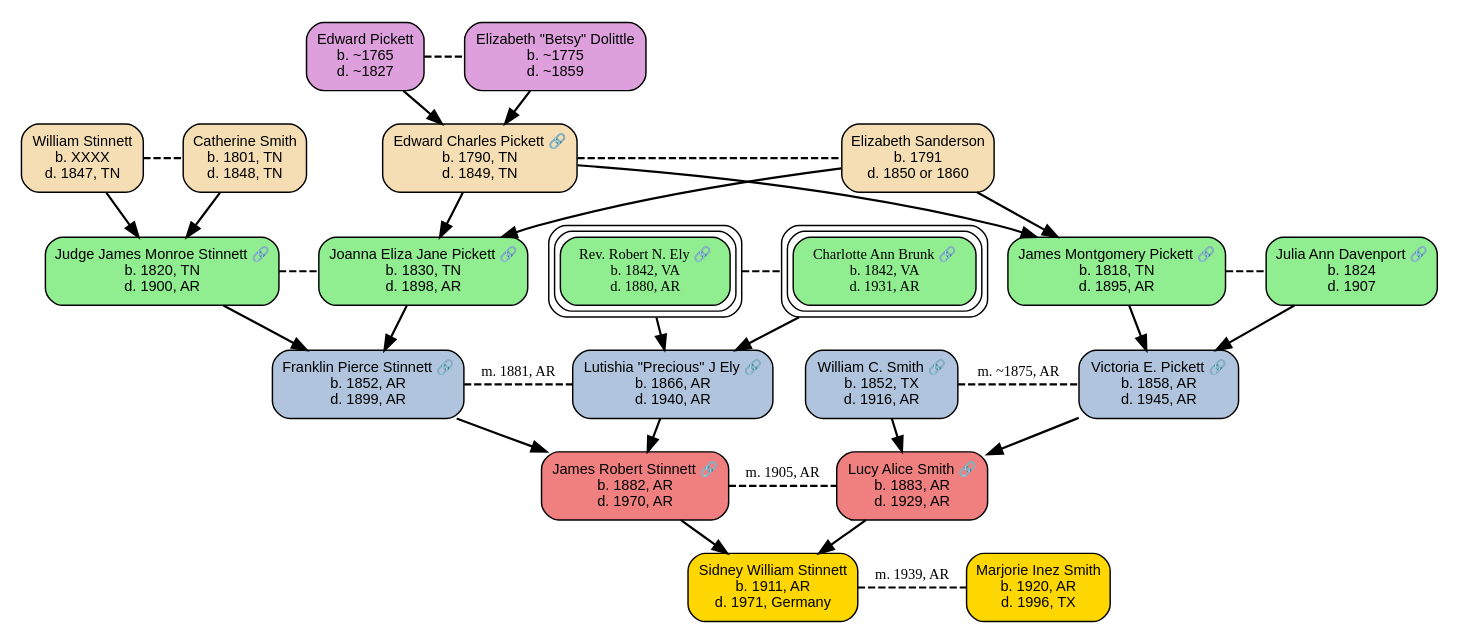
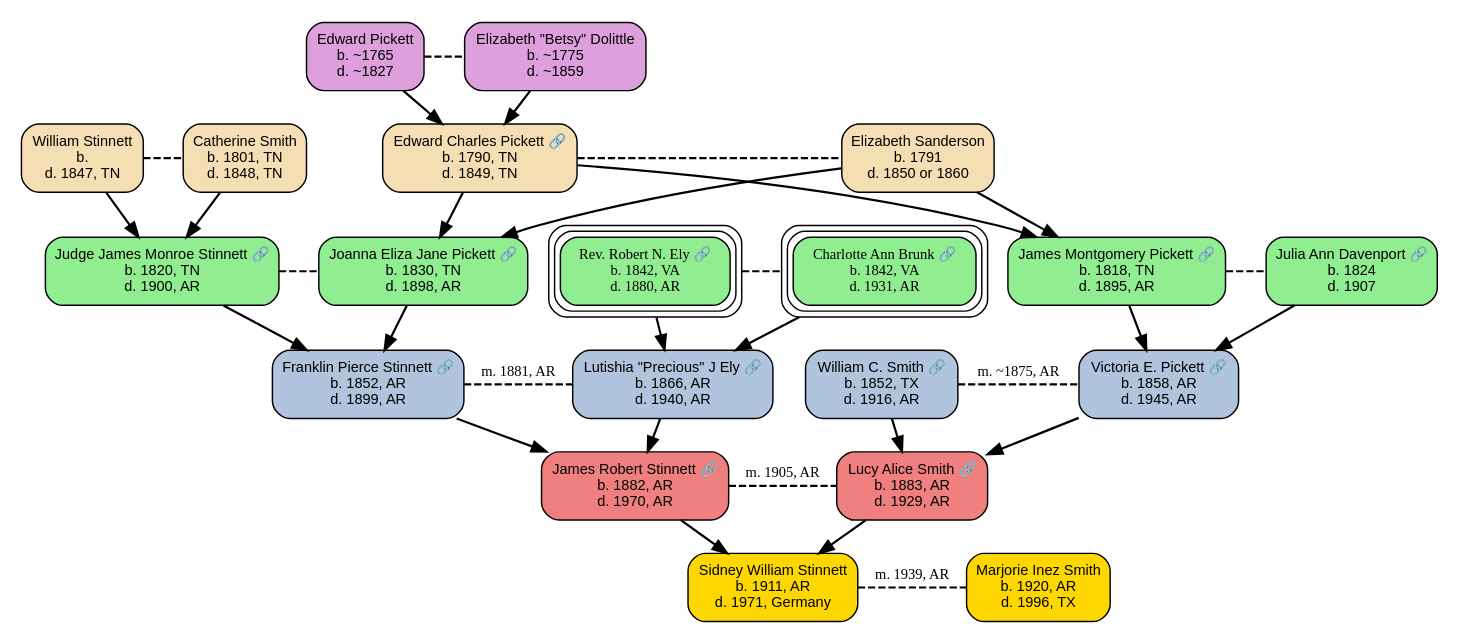
One commit to lchogal/Stinnett_line changed the diagram in output/Stinnett_line.dot. Above: the diagram before and after it, drawn with Graphviz. The commit also changed 5 other files, not shown here.

```diff
--- a/output/Stinnett_line.dot
+++ b/output/Stinnett_line.dot
@@ -1,78 +1,78 @@
 digraph family_tree {
     rankdir=TB;
     bgcolor=white;
     margin=0.1;
     pad=0.1;
     ranksep=0.3;
     nodesep=0.2;
     node [shape=box, style="filled,rounded", fontname="Arial", fontsize=10, fixedsize=false, margin=0.1];
     edge [color=black, penwidth=1.5];
     
     
     "G0_ME" [label="Sidney William Stinnett\nb. 1911, AR\nd. 1971, Germany", fillcolor="gold", style="filled,rounded", tooltip=""];
     "G0_SPOUSE" [label="Marjorie Inez Smith\nb. 1920, AR\nd. 1996, TX", fillcolor="gold", style="filled,rounded", tooltip=""];
     "G1_FATHER" [label="James Robert Stinnett 🔗\nb. 1882, AR\nd. 1970, AR", fillcolor="lightcoral", style="filled,rounded", URL="https://ancestors.familysearch.org/en/94ZN-LGR/james-robert-stinnett-1882-1970", target="_blank", tooltip=""];
     "G1_MOTHER" [label="Lucy Alice Smith 🔗\nb. 1883, AR\nd. 1929, AR", fillcolor="lightcoral", style="filled,rounded", URL="https://ancestors.familysearch.org/en/L6PQ-JNL/lucy-alice-smith-1883-1929", target="_blank", tooltip=""];
     "G2_PATERNAL_GF" [label="Franklin Pierce Stinnett 🔗\nb. 1852, AR\nd. 1899, AR", fillcolor="lightsteelblue", style="filled,rounded", URL="https://ancestors.familysearch.org/en/LVY3-NS2/franklin-pierce-stinnett-1852-1899", target="_blank", tooltip=""];
     "G2_PATERNAL_GM" [label="Lutishia \"Precious\" J Ely 🔗\nb. 1866, AR\nd. 1940, AR", fillcolor="lightsteelblue", style="filled,rounded", URL="https://ancestors.familysearch.org/en/L6PQ-J8S/mary-elizabeth-ely-1867-1896", target="_blank", tooltip=""];
     "G2_MATERNAL_GF" [label="William C. Smith 🔗\nb. 1852, TX\nd. 1916, AR", fillcolor="lightsteelblue", style="filled,rounded", URL="https://ancestors.familysearch.org/en/LHZY-JJN/william-c-smith-1852-1916", target="_blank", tooltip=""];
     "G2_MATERNAL_GM" [label="Victoria E. Pickett 🔗\nb. 1858, AR\nd. 1945, AR", fillcolor="lightsteelblue", style="filled,rounded", URL="https://ancestors.familysearch.org/en/KLFH-LP8/victoria-e-pickett-1858-1945", target="_blank", tooltip=""];
     "G3_STINNETT_GGF" [label="Judge James Monroe Stinnett 🔗\nb. 1820, TN\nd. 1900, AR", fillcolor="lightgreen", style="filled,rounded", URL="https://www.findagrave.com/memorial/208534647/james-monroe-stinnett?utm_source=chatgpt.com", target="_blank", tooltip=""];
     "G3_PICKETT_GGM" [label="Joanna Eliza Jane Pickett 🔗\nb. 1830, TN\nd. 1898, AR", fillcolor="lightgreen", style="filled,rounded", URL="https://www.findagrave.com/memorial/208534639/joanna_eliza_jane-stinnett", target="_blank", tooltip=""];
     "G3_ELY_GGF" [label="Rev. Robert N. Ely 🔗\nb. 1842, VA\nd. 1880, AR", fillcolor="lightgreen", style="filled,rounded", peripheries=3, fontname="Arial Bold", URL="https://ancestors.familysearch.org/en/L89W-T4N/rev-robert-n-ely-1842-1880", target="_blank", tooltip="", class="tree-connection"];
     "G3_BRUNK_GGM" [label="Charlotte Ann Brunk 🔗\nb. 1842, VA\nd. 1931, AR", fillcolor="lightgreen", style="filled,rounded", peripheries=3, fontname="Arial Bold", URL="https://ancestors.familysearch.org/en/K4X3-J43/charlotte-ann-brunk-ely-1842-1931", target="_blank", tooltip="", class="tree-connection"];
     "G3_PICKET_GGF" [label="James Montgomery Pickett 🔗\nb. 1818, TN\nd. 1895, AR", fillcolor="lightgreen", style="filled,rounded", URL="https://ancestors.familysearch.org/en/K2JG-7PJ/james-montgomery-pickett-1818-1895", target="_blank", tooltip=""];
     "G3_DAVENPORT_GGM" [label="Julia Ann Davenport 🔗\nb. 1824\nd. 1907", fillcolor="lightgreen", style="filled,rounded", URL="https://ancestors.familysearch.org/en/9V5Y-5BX/julia-ann-davenport-1824-1907", target="_blank", tooltip=""];
-    "G4_STINNETT" [label="William Stinnett\nb. XXXX\nd. 1847, TN", fillcolor="wheat", style="filled,rounded", tooltip=""];
+    "G4_STINNETT" [label="William Stinnett\nb.\nd. 1847, TN", fillcolor="wheat", style="filled,rounded", tooltip=""];
     "G4_SMITH" [label="Catherine Smith\nb. 1801, TN\nd. 1848, TN", fillcolor="wheat", style="filled,rounded", tooltip=""];
     "G4_PICKET" [label="Edward Charles Pickett 🔗\nb. 1790, TN\nd. 1849, TN", fillcolor="wheat", style="filled,rounded", URL="https://ancestors.familysearch.org/en/LJJN-QYZ/edward-charles-pickett-1790-1849", target="_blank", tooltip=""];
     "G4_SANDERSON" [label="Elizabeth Sanderson\nb. 1791\nd. 1850 or 1860", fillcolor="wheat", style="filled,rounded", tooltip=""];
     "G5_PICKET" [label="Edward Pickett\nb. ~1765\nd. ~1827", fillcolor="plum", style="filled,rounded", tooltip=""];
     "G5_DOLITTLE" [label="Elizabeth \"Betsy\" Dolittle\nb. ~1775\nd. ~1859", fillcolor="plum", style="filled,rounded", tooltip=""];
     
     // Tree navigation connection boxes
     
     // Marriage relationships and rank constraints
     {rank=same; "G0_ME"; "G0_SPOUSE"};
     "G0_ME" -> "G0_SPOUSE" [dir=none, color=black, style=dashed, constraint=false, label="m. 1939, AR", fontsize=10, fontcolor=black];
     {rank=same; "G1_FATHER"; "G1_MOTHER"};
     "G1_FATHER" -> "G1_MOTHER" [dir=none, color=black, style=dashed, constraint=false, label="m. 1905, AR", fontsize=10, fontcolor=black];
     {rank=same; "G2_PATERNAL_GF"; "G2_PATERNAL_GM"};
     "G2_PATERNAL_GF" -> "G2_PATERNAL_GM" [dir=none, color=black, style=dashed, constraint=false, label="m. 1881, AR", fontsize=10, fontcolor=black];
     {rank=same; "G2_MATERNAL_GF"; "G2_MATERNAL_GM"};
     "G2_MATERNAL_GF" -> "G2_MATERNAL_GM" [dir=none, color=black, style=dashed, constraint=false, label="m. ~1875, AR", fontsize=10, fontcolor=black];
     {rank=same; "G3_STINNETT_GGF"; "G3_PICKETT_GGM"};
     "G3_STINNETT_GGF" -> "G3_PICKETT_GGM" [dir=none, color=black, style=dashed, constraint=false];
     {rank=same; "G3_ELY_GGF"; "G3_BRUNK_GGM"};
     "G3_ELY_GGF" -> "G3_BRUNK_GGM" [dir=none, color=black, style=dashed, constraint=false];
     {rank=same; "G3_PICKET_GGF"; "G3_DAVENPORT_GGM"};
     "G3_PICKET_GGF" -> "G3_DAVENPORT_GGM" [dir=none, color=black, style=dashed, constraint=false];
     {rank=same; "G4_STINNETT"; "G4_SMITH"};
     "G4_STINNETT" -> "G4_SMITH" [dir=none, color=black, style=dashed, constraint=false];
     {rank=same; "G4_PICKET"; "G4_SANDERSON"};
     "G4_PICKET" -> "G4_SANDERSON" [dir=none, color=black, style=dashed, constraint=false];
     {rank=same; "G5_PICKET"; "G5_DOLITTLE"};
     "G5_PICKET" -> "G5_DOLITTLE" [dir=none, color=black, style=dashed, constraint=false];
     
     // Parent-child relationships
     "G1_FATHER" -> "G0_ME";
     "G1_MOTHER" -> "G0_ME";
     "G2_PATERNAL_GF" -> "G1_FATHER";
     "G2_PATERNAL_GM" -> "G1_FATHER";
     "G2_MATERNAL_GF" -> "G1_MOTHER";
     "G2_MATERNAL_GM" -> "G1_MOTHER";
     "G3_STINNETT_GGF" -> "G2_PATERNAL_GF";
     "G3_PICKETT_GGM" -> "G2_PATERNAL_GF";
     "G3_ELY_GGF" -> "G2_PATERNAL_GM";
     "G3_BRUNK_GGM" -> "G2_PATERNAL_GM";
     "G3_PICKET_GGF" -> "G2_MATERNAL_GM";
     "G3_DAVENPORT_GGM" -> "G2_MATERNAL_GM";
     "G4_STINNETT" -> "G3_STINNETT_GGF";
     "G4_SMITH" -> "G3_STINNETT_GGF";
     "G4_PICKET" -> "G3_PICKETT_GGM";
     "G4_SANDERSON" -> "G3_PICKETT_GGM";
     "G4_PICKET" -> "G3_PICKET_GGF";
     "G4_SANDERSON" -> "G3_PICKET_GGF";
     "G5_PICKET" -> "G4_PICKET";
     "G5_DOLITTLE" -> "G4_PICKET";
 }
```
